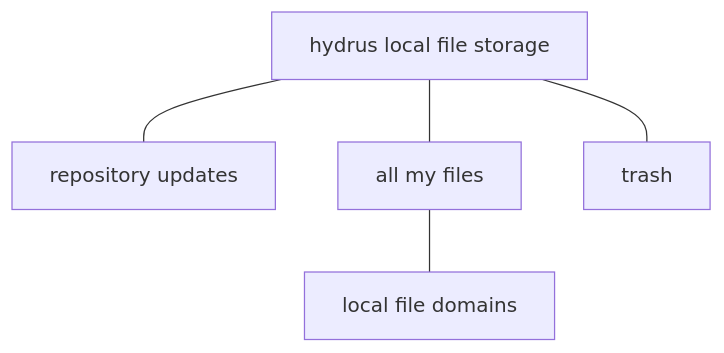
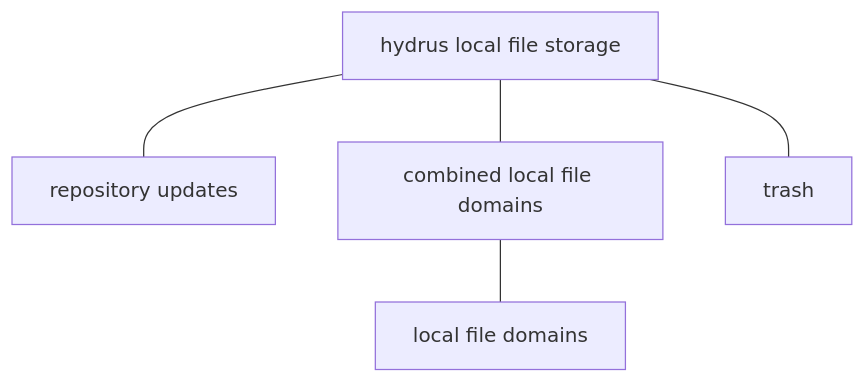
The first of 4 diagrams in docs/advanced_multiple_local_file_services.md (hydrusnetwork/hydrus), drawn with Mermaid before and after one commit. The commit also changed other lines of this file and 104 other files, not shown here.

````diff
--- a/docs/advanced_multiple_local_file_services.md
+++ b/docs/advanced_multiple_local_file_services.md
@@ -96,7 +96,7 @@
 ```mermaid
 graph TB
   A[hydrus local file storage] --- B[repository updates]
-  A --- C[all my files]
+  A --- C[combined local file domains]
   C --- D[local file domains]
   A --- E[trash]
 ```
````
